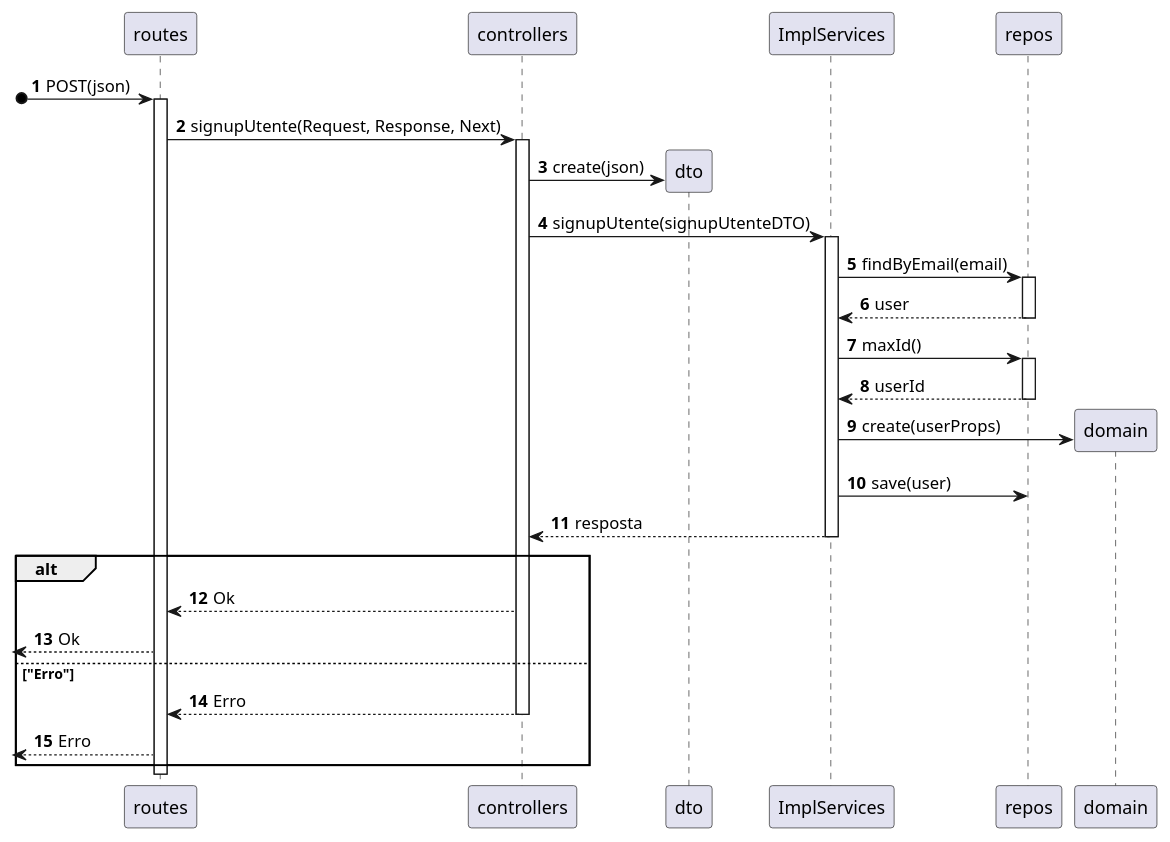
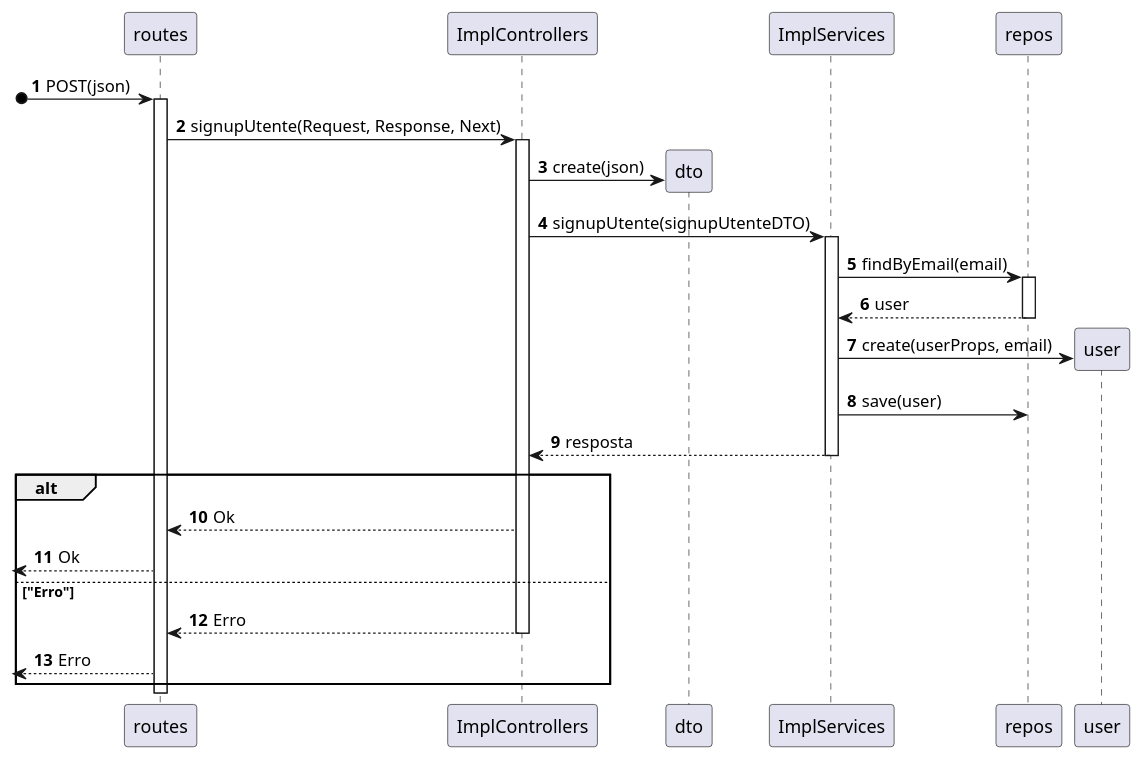
The diagram in docs/Sprint_C/US_20/US_20.2/N3/N3_VP.puml (SEM5PI2324G58/sem5pi_g58_23_24), drawn with PlantUML before and after one commit. The commit also changed 2 other files, not shown here.

```diff
--- a/docs/Sprint_C/US_20/US_20.2/N3/N3_VP.puml
+++ b/docs/Sprint_C/US_20/US_20.2/N3/N3_VP.puml
@@ -1,34 +1,31 @@
 autonumber
 
 participant routes as route
-participant "controllers" as ctrl
+participant "ImplControllers" as ctrl
 participant "dto" as dto
 participant "ImplServices" as service
 participant "repos" as userRepo
-participant "domain" as user
+participant "user" as user
 
 [o-> route: POST(json)
 activate route
 route -> ctrl: signupUtente(Request, Response, Next)
 activate ctrl
 ctrl -> dto ** : create(json)
 ctrl -> service: signupUtente(signupUtenteDTO) 
 activate service
 service -> userRepo: findByEmail(email)
 activate userRepo
 return user
-service -> userRepo: maxId()
-activate userRepo
-return userId
-service -> user ** : create(userProps)
+service -> user ** : create(userProps, email)
 service -> userRepo: save(user)
 return resposta
 alt
 route <-- ctrl: Ok
 <-- route: Ok
 else "Erro"
 route <-- ctrl: Erro
 deactivate ctrl
 <-- route: Erro
 end alt
 deactivate route
```
